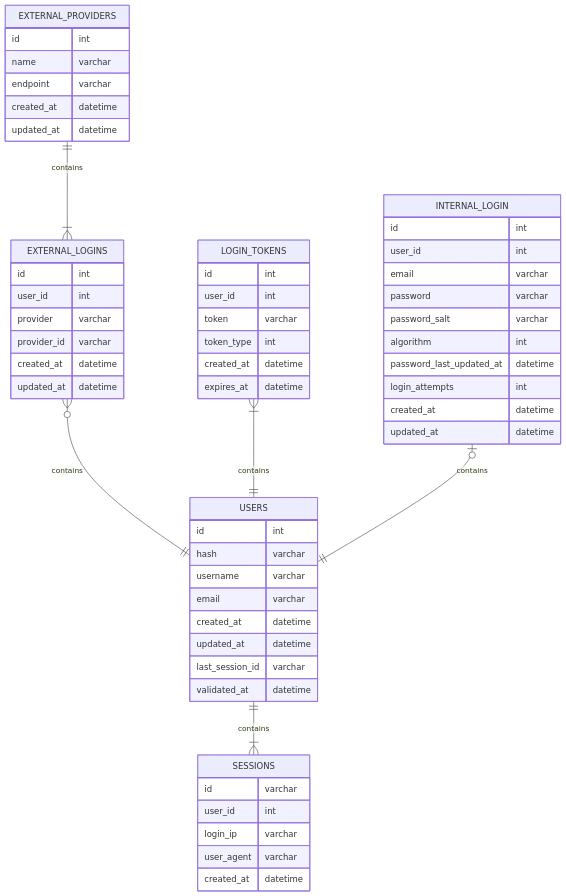
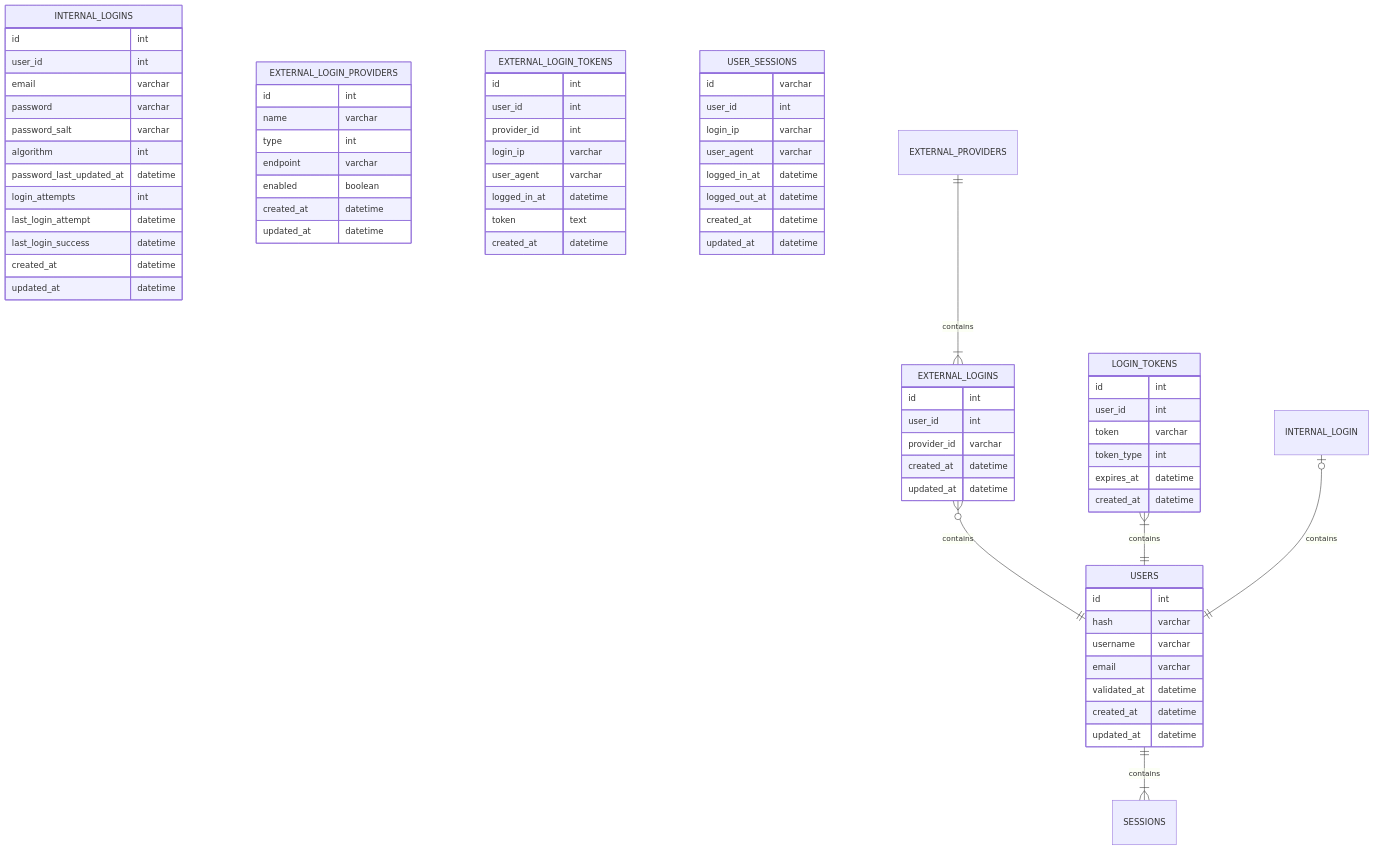
The first of 5 diagrams in docs/SCHEMA.md (prulloac/fineasy), drawn with Mermaid before and after one commit. The commit also changed 12 other files, not shown here.

```diff
--- a/docs/SCHEMA.md
+++ b/docs/SCHEMA.md
@@ -13,13 +13,12 @@
         hash varchar
         username varchar
         email varchar
+        validated_at datetime
         created_at datetime
         updated_at datetime
-        last_session_id varchar
-        validated_at datetime
     }
 
-    INTERNAL_LOGIN {
+    INTERNAL_LOGINS {
         id int
         user_id int
         email varchar
@@ -28,6 +27,8 @@
         algorithm int
         password_last_updated_at datetime
         login_attempts int
+        last_login_attempt datetime
+        last_login_success datetime
         created_at datetime
         updated_at datetime
     }
@@ -37,33 +38,48 @@
         user_id int
         token varchar
         token_type int
+        expires_at datetime
         created_at datetime
-        expires_at datetime
+    }
+
+    EXTERNAL_LOGIN_PROVIDERS {
+        id int
+        name varchar
+        type int
+        endpoint varchar
+        enabled boolean
+        created_at datetime
+        updated_at datetime
     }
 
     EXTERNAL_LOGINS {
         id int
         user_id int
-        provider varchar
         provider_id varchar
         created_at datetime
         updated_at datetime
     }
 
-    EXTERNAL_PROVIDERS {
+    EXTERNAL_LOGIN_TOKENS {
         id int
-        name varchar
-        endpoint varchar
+        user_id int
+        provider_id int
+        login_ip varchar
+        user_agent varchar
+        logged_in_at datetime
+        token text
         created_at datetime
-        updated_at datetime
     }
 
-    SESSIONS {
+    USER_SESSIONS {
         id varchar
         user_id int
         login_ip varchar
         user_agent varchar
+        logged_in_at datetime
+        logged_out_at datetime
         created_at datetime
+        updated_at datetime
     }
 
     EXTERNAL_PROVIDERS ||--|{ EXTERNAL_LOGINS : contains
```
